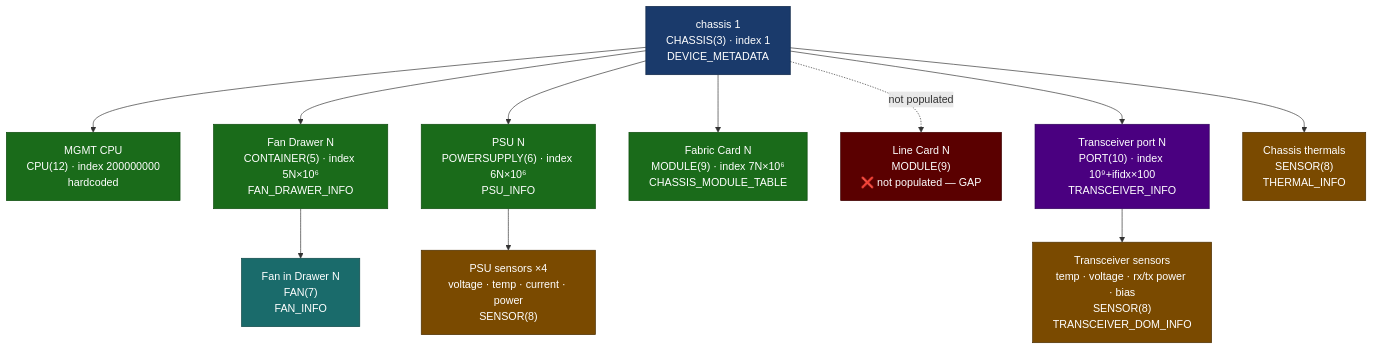
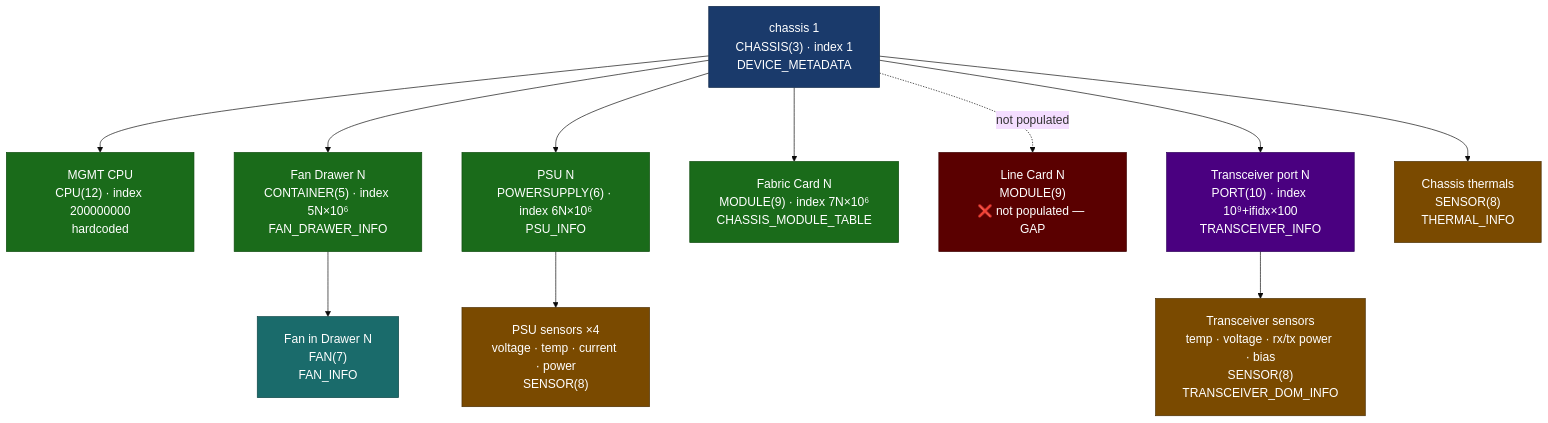
One commit to thongal-upscale/sonic-snmpagent changed the ninth of 17 diagrams in docs/nms_compliance_gaps.md. Above: the diagram before and after it, drawn with Mermaid. The commit also changed other lines of this file, not shown here.

Commit message:
docs: enlarge mermaid diagram font and node spacing for readability

````diff
--- a/docs/nms_compliance_gaps.md
+++ b/docs/nms_compliance_gaps.md
@@ -632,31 +640,32 @@
 ```mermaid
+%%{init: {'theme': 'base', 'themeVariables': {'fontSize': '18px', 'lineHeight': '1.5'}, 'flowchart': {'nodeSpacing': 60, 'rankSpacing': 70, 'padding': 20}, 'sequence': {'actorFontSize': 18, 'noteFontSize': 17, 'messageFontSize': 17}}}%%
 graph TD
     classDef chassis fill:#1a3a6b,color:#fff,stroke:#0d2545
     classDef module  fill:#1a6b1a,color:#fff,stroke:#0d4a0d
     classDef device  fill:#1a6b6b,color:#fff,stroke:#0d4545
     classDef sensor  fill:#7a4a00,color:#fff,stroke:#4a2d00
     classDef port    fill:#4a0080,color:#fff,stroke:#2d0059
     classDef gap     fill:#5a0000,color:#fff,stroke:#3d0000
 
     CHASSIS["chassis 1\nCHASSIS(3) · index 1\nDEVICE_METADATA"]:::chassis
 
     CPU["MGMT CPU\nCPU(12) · index 200000000\nhardcoded"]:::module
     FD["Fan Drawer N\nCONTAINER(5) · index 5N×10⁶\nFAN_DRAWER_INFO"]:::module
     PSU["PSU N\nPOWERSUPPLY(6) · index 6N×10⁶\nPSU_INFO"]:::module
     FC["Fabric Card N\nMODULE(9) · index 7N×10⁶\nCHASSIS_MODULE_TABLE"]:::module
     LC["Line Card N\nMODULE(9)\n❌ not populated — GAP"]:::gap
     XCVR["Transceiver port N\nPORT(10) · index 10⁹+ifidx×100\nTRANSCEIVER_INFO"]:::port
 
     FAN["Fan in Drawer N\nFAN(7)\nFAN_INFO"]:::device
     PSU_S["PSU sensors ×4\nvoltage · temp · current · power\nSENSOR(8)"]:::sensor
     THERMAL["Chassis thermals\nSENSOR(8)\nTHERMAL_INFO"]:::sensor
     XCVR_S["Transceiver sensors\ntemp · voltage · rx/tx power · bias\nSENSOR(8)\nTRANSCEIVER_DOM_INFO"]:::sensor
 
     CHASSIS --> CPU
     CHASSIS --> FD --> FAN
     CHASSIS --> PSU --> PSU_S
     CHASSIS --> FC
     CHASSIS -.->|"not populated"| LC
     CHASSIS --> XCVR --> XCVR_S
     CHASSIS --> THERMAL
 ```
````
